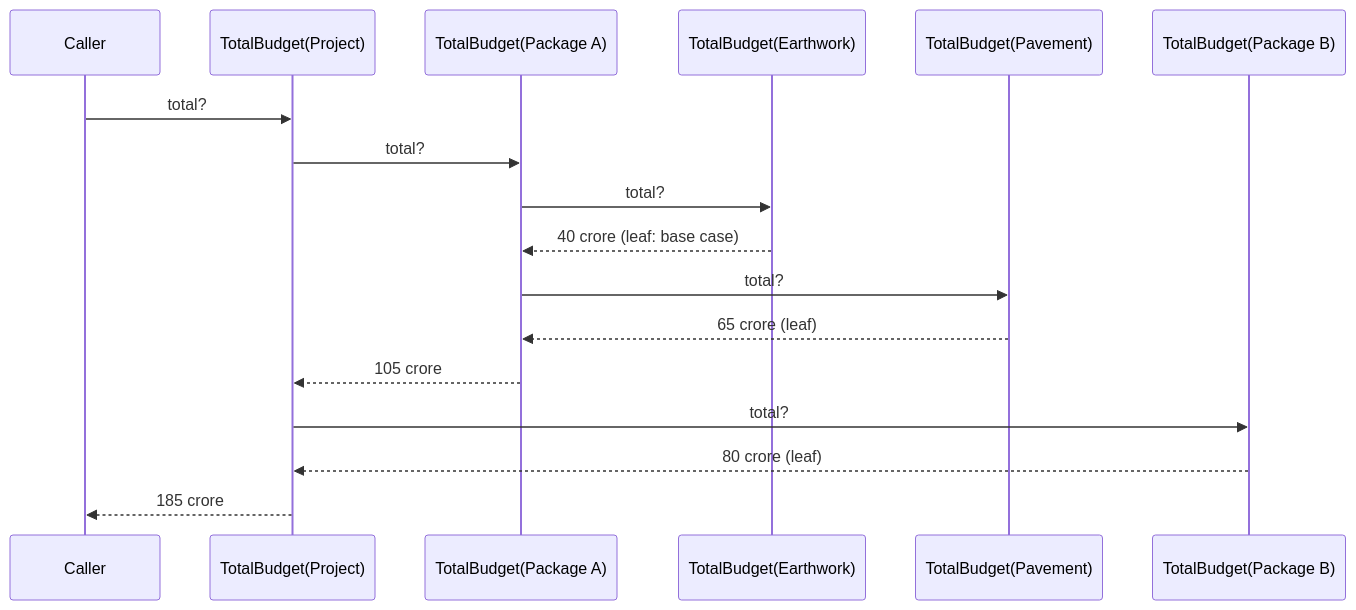
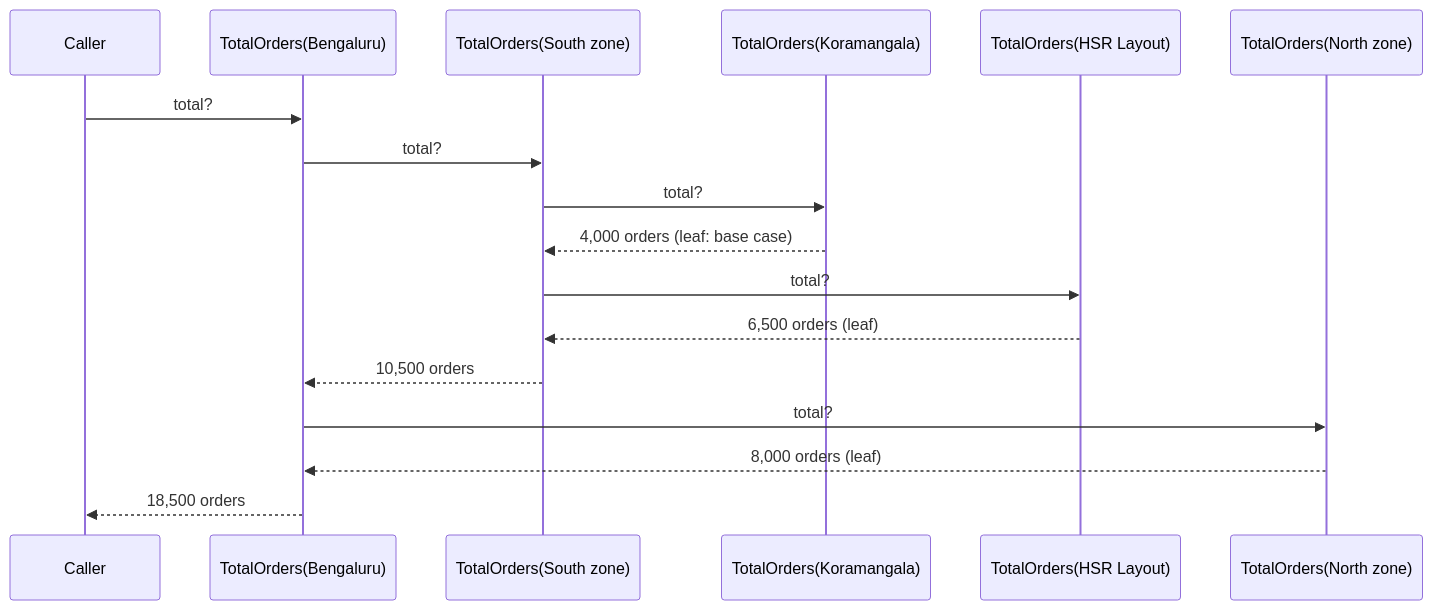
The second of 3 diagrams in content/lessons/m01/m01-algorithms.md (rizwi0786/system-design-lab), drawn with Mermaid before and after one commit. The commit also changed other lines of this file and 334 other files, not shown here.

````diff
--- a/content/lessons/m01/m01-algorithms.md
+++ b/content/lessons/m01/m01-algorithms.md
@@ -299,19 +299,19 @@
 ```mermaid
 sequenceDiagram
     participant Caller
-    participant P as TotalBudget(Project)
-    participant A as TotalBudget(Package A)
-    participant A1 as TotalBudget(Earthwork)
-    participant A2 as TotalBudget(Pavement)
-    participant B as TotalBudget(Package B)
+    participant P as TotalOrders(Bengaluru)
+    participant A as TotalOrders(South zone)
+    participant A1 as TotalOrders(Koramangala)
+    participant A2 as TotalOrders(HSR Layout)
+    participant B as TotalOrders(North zone)
     Caller->>P: total?
     P->>A: total?
     A->>A1: total?
-    A1-->>A: 40 crore (leaf: base case)
+    A1-->>A: 4,000 orders (leaf: base case)
     A->>A2: total?
-    A2-->>A: 65 crore (leaf)
-    A-->>P: 105 crore
+    A2-->>A: 6,500 orders (leaf)
+    A-->>P: 10,500 orders
     P->>B: total?
-    B-->>P: 80 crore (leaf)
-    P-->>Caller: 185 crore
+    B-->>P: 8,000 orders (leaf)
+    P-->>Caller: 18,500 orders
 ```
````
